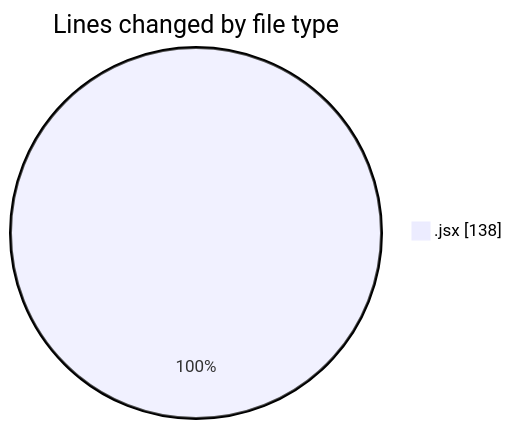
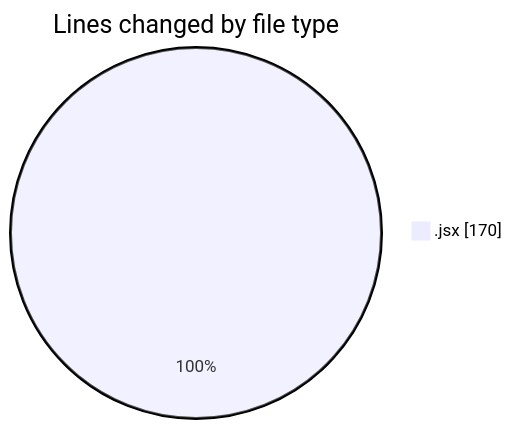
Before and after one commit to JenPaints/code-tracking: the first of 2 diagrams in 2025-06-20/3d-gsap-scroll-template-main/README.md, drawn with Mermaid. The commit also changed other lines of this file and 1 other file, not shown here.

````diff
--- a/2025-06-20/3d-gsap-scroll-template-main/README.md
+++ b/2025-06-20/3d-gsap-scroll-template-main/README.md
@@ -22,5 +22,5 @@
 ```mermaid
 pie showData
 title Lines changed by file type
-".jsx" : 138
+".jsx" : 170
 ```
````
